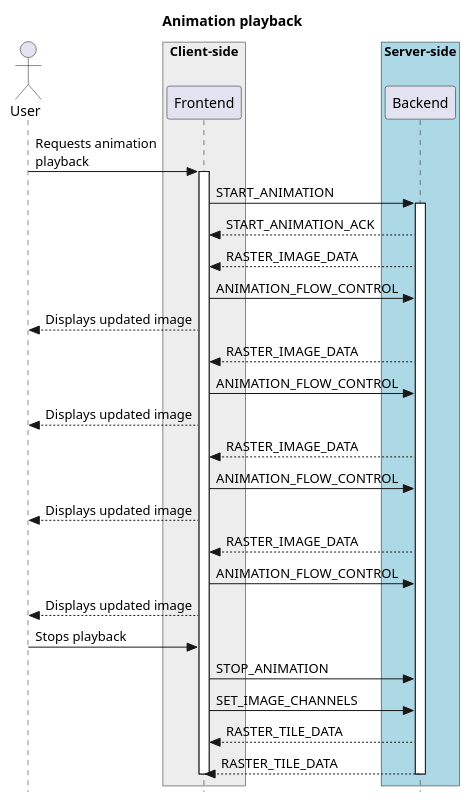
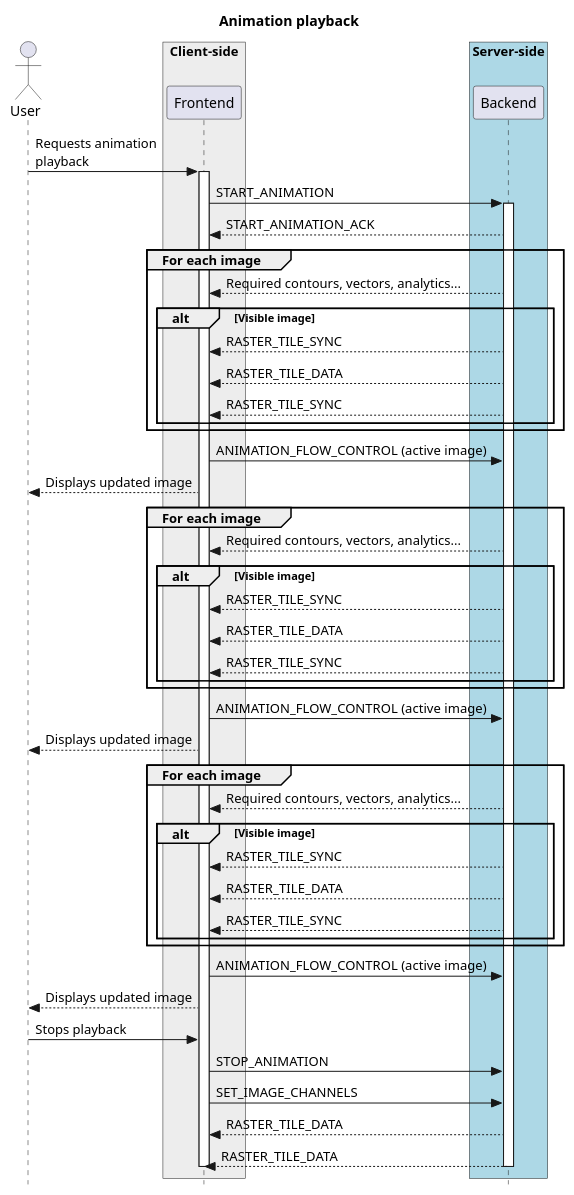
The third of 3 diagrams in docs/src/data_cube_navigation.rst (CARTAvis/carta-protobuf), drawn with PlantUML before and after one commit. The commit also changed other lines of this file and 1 other file, not shown here.

Commit message:
Yuhsuan/matched frame animation doc (#85)
* update animation doc

* fix diagram

* update animation doc

* minor change

```diff
--- a/docs/src/data_cube_navigation.rst
+++ b/docs/src/data_cube_navigation.rst
@@ -116,38 +116,56 @@
 .. uml::
     
     skinparam style strictuml
     hide footbox
     title Animation playback
     
     actor User
     box "Client-side" #EDEDED
             participant Frontend
     end box
     
     box "Server-side" #lightblue
     	participant Backend
     end box
     User -> Frontend: Requests animation\nplayback
     activate Frontend
     Frontend -> Backend : START_ANIMATION
     activate Backend
-    Frontend <-- Backend: START_ANIMATION_ACK
-    Frontend <-- Backend : RASTER_IMAGE_DATA
-    Frontend -> Backend: ANIMATION_FLOW_CONTROL
+    Frontend <-- Backend : START_ANIMATION_ACK
+    Group For each image
+        Frontend <-- Backend : Required contours, vectors, analytics...
+        alt Visible image
+            Frontend <-- Backend : RASTER_TILE_SYNC
+            Frontend <-- Backend : RASTER_TILE_DATA
+            Frontend <-- Backend : RASTER_TILE_SYNC
+        end
+    end
+    Frontend -> Backend: ANIMATION_FLOW_CONTROL (active image)
     User <-- Frontend: Displays updated image
-    Frontend <-- Backend : RASTER_IMAGE_DATA
-    Frontend -> Backend: ANIMATION_FLOW_CONTROL
+    Group For each image
+        Frontend <-- Backend : Required contours, vectors, analytics...
+        alt Visible image
+            Frontend <-- Backend : RASTER_TILE_SYNC
+            Frontend <-- Backend : RASTER_TILE_DATA
+            Frontend <-- Backend : RASTER_TILE_SYNC
+        end
+    end
+    Frontend -> Backend: ANIMATION_FLOW_CONTROL (active image)
     User <-- Frontend: Displays updated image
-    Frontend <-- Backend : RASTER_IMAGE_DATA
-    Frontend -> Backend: ANIMATION_FLOW_CONTROL
-    User <-- Frontend: Displays updated image
-    Frontend <-- Backend : RASTER_IMAGE_DATA
-    Frontend -> Backend: ANIMATION_FLOW_CONTROL
+    Group For each image
+        Frontend <-- Backend : Required contours, vectors, analytics...
+        alt Visible image
+            Frontend <-- Backend : RASTER_TILE_SYNC
+            Frontend <-- Backend : RASTER_TILE_DATA
+            Frontend <-- Backend : RASTER_TILE_SYNC
+        end
+    end
+    Frontend -> Backend: ANIMATION_FLOW_CONTROL (active image)
     User <-- Frontend: Displays updated image
     User -> Frontend : Stops playback
     Frontend -> Backend : STOP_ANIMATION
     Frontend -> Backend : SET_IMAGE_CHANNELS
-    Frontend <-- Backend: RASTER_TILE_DATA
-    Frontend <-- Backend: RASTER_TILE_DATA
+    Frontend <-- Backend : RASTER_TILE_DATA
+    Frontend <-- Backend : RASTER_TILE_DATA
     deactivate Frontend
     deactivate Backend
```
